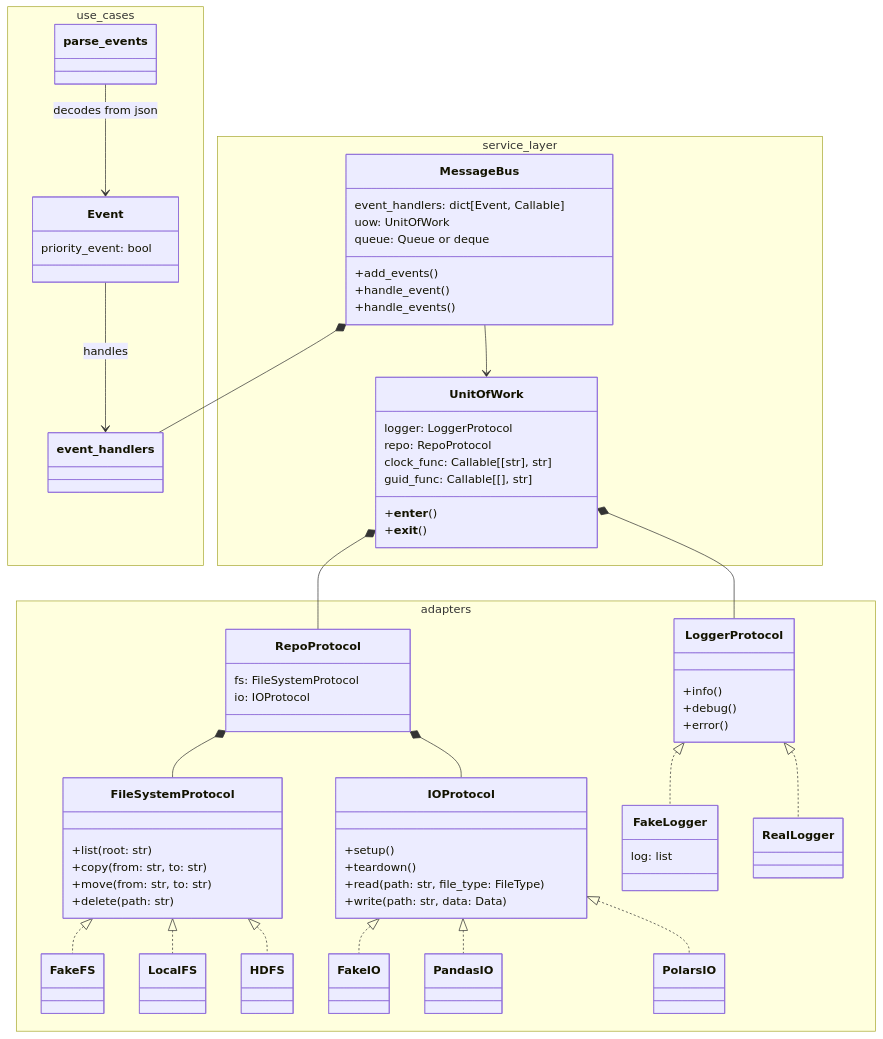
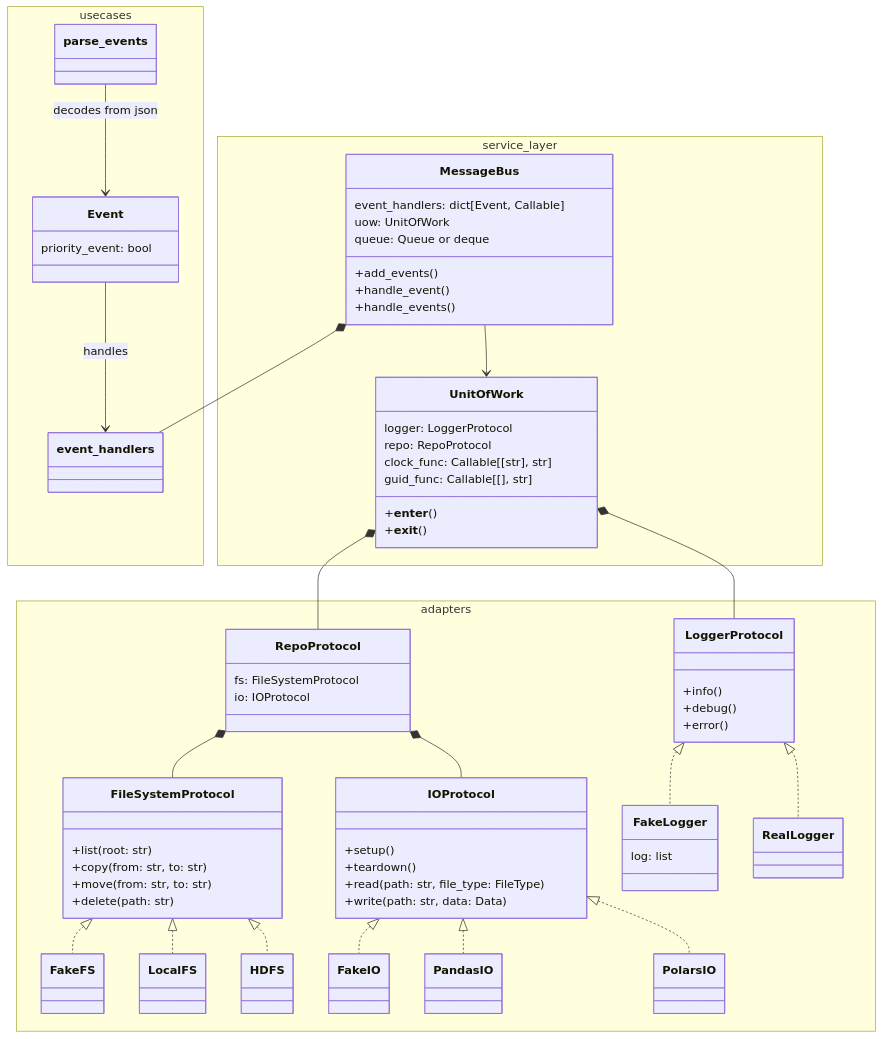
Before and after one commit to second-ed/cosmic-python-sandbox: the diagram in README.md, drawn with Mermaid.

Commit message:
docs: use_cases -> usecases

```diff
--- a/README.md
+++ b/README.md
@@ -45,7 +45,7 @@
     }
 }
 
-namespace use_cases {
+namespace usecases {
     class Event {
         priority_event: bool
     }
```
